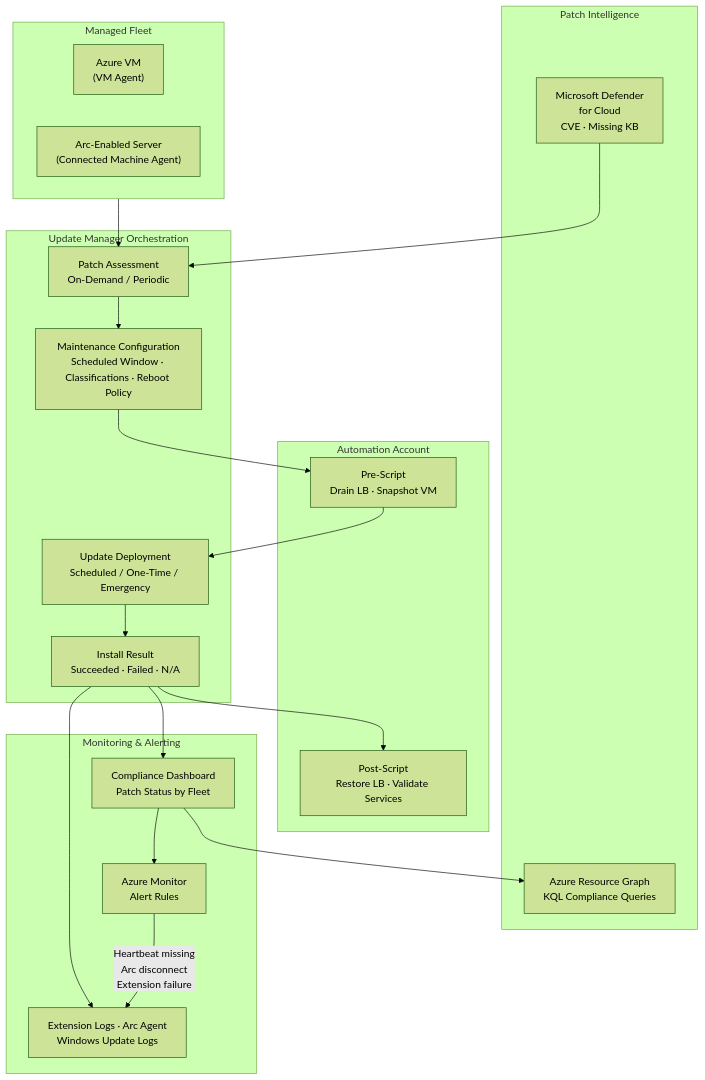
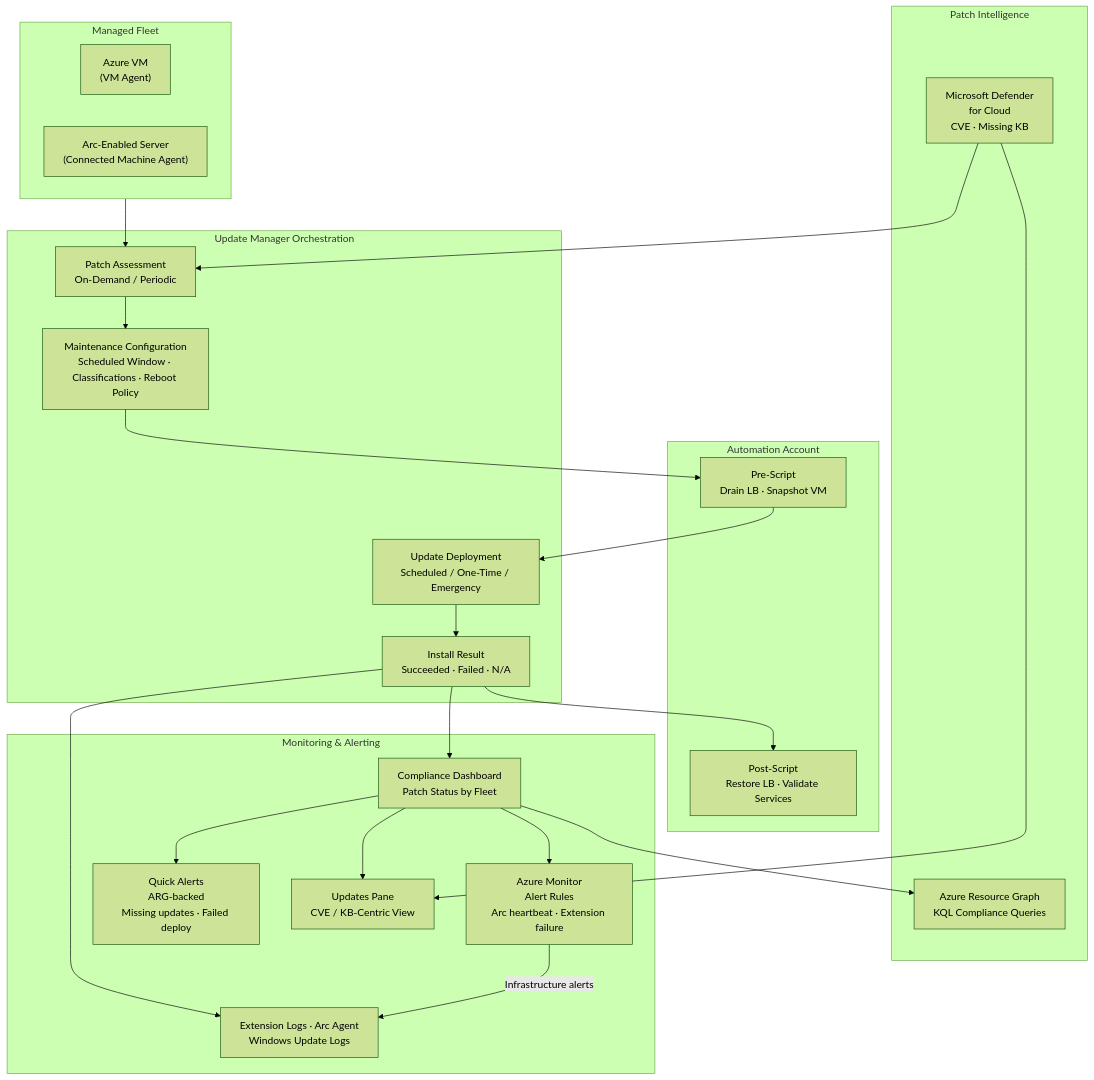
One commit to nkadwaikar/azure-hands-on-engineering changed diagram 12 of 14 in Architecture Overview.md. Above: the diagram before and after it, drawn with Mermaid (forest theme). The commit also changed other lines of this file and 6 other files, not shown here.

````diff
--- a/Architecture Overview.md
+++ b/Architecture Overview.md
@@ -196,43 +196,48 @@
 ```mermaid
 flowchart TD
     subgraph Sources["Patch Intelligence"]
         MDC["Microsoft Defender\nfor Cloud\nCVE · Missing KB"]
         ARG["Azure Resource Graph\nKQL Compliance Queries"]
     end
 
     subgraph Fleet["Managed Fleet"]
         AzVM["Azure VM\n(VM Agent)"]
         ArcSrv["Arc-Enabled Server\n(Connected Machine Agent)"]
     end
 
     subgraph Orchestration["Update Manager Orchestration"]
         Assess["Patch Assessment\nOn-Demand / Periodic"]
         MC["Maintenance Configuration\nScheduled Window · Classifications · Reboot Policy"]
         Deploy["Update Deployment\nScheduled / One-Time / Emergency"]
         Outcome["Install Result\nSucceeded · Failed · N/A"]
     end
 
     subgraph Automation["Automation Account"]
         PreScript["Pre-Script\nDrain LB · Snapshot VM"]
         PostScript["Post-Script\nRestore LB · Validate Services"]
     end
 
     subgraph Observability["Monitoring & Alerting"]
-        Monitor["Azure Monitor\nAlert Rules"]
+        Monitor["Azure Monitor\nAlert Rules\nArc heartbeat · Extension failure"]
+        QuickAlerts["Quick Alerts\nARG-backed\nMissing updates · Failed deploy"]
+        UpdatesPane["Updates Pane\nCVE / KB-Centric View"]
         Comply["Compliance Dashboard\nPatch Status by Fleet"]
         Logs["Extension Logs · Arc Agent\nWindows Update Logs"]
     end
 
     Fleet --> Assess
     MDC --> Assess
     Assess --> MC
     MC --> PreScript
     PreScript --> Deploy
     Deploy --> Outcome
     Outcome --> PostScript
     Outcome --> Comply
     Outcome --> Logs
     Comply --> ARG
     Comply --> Monitor
-    Monitor -->|"Heartbeat missing\nArc disconnect\nExtension failure"| Logs
+    Comply --> QuickAlerts
+    MDC --> UpdatesPane
+    Comply --> UpdatesPane
+    Monitor -->|"Infrastructure alerts"| Logs
 ```
````
